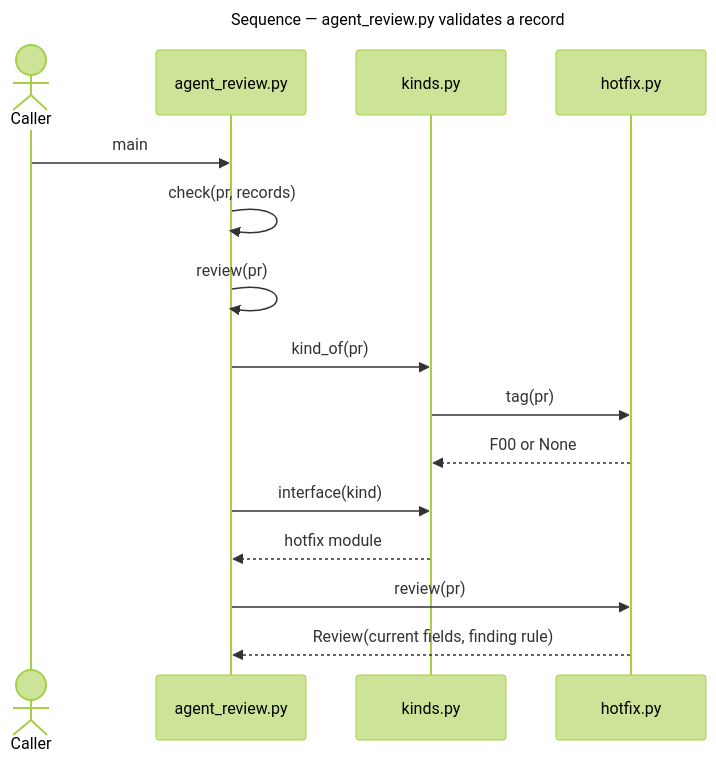
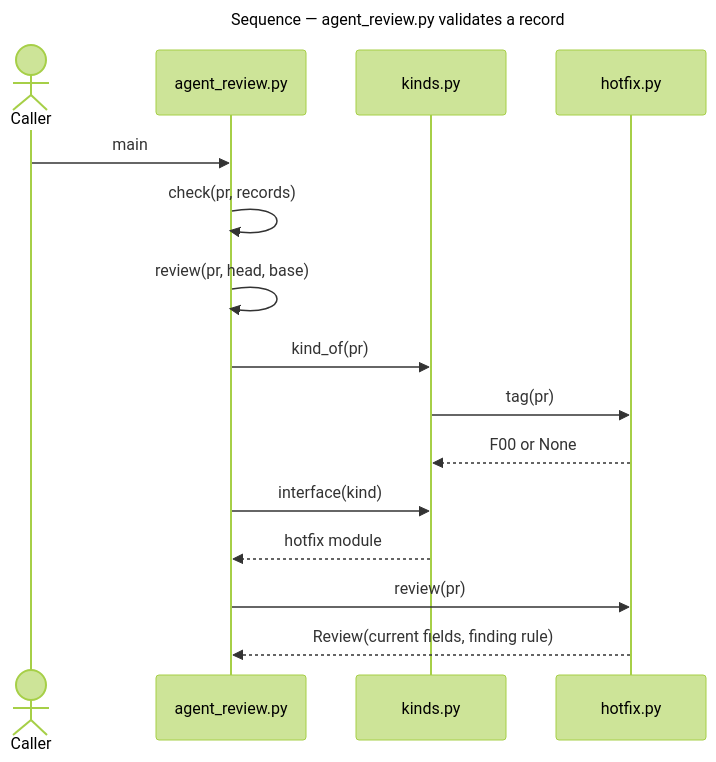
The second of 3 diagrams in artifacts/planning/2026-11-11-1615-i17-e02-integration-review/architecture-overview.md (m2ux/workflow-server), drawn with Mermaid (forest theme) before and after one commit. The commit also changed other lines of this file and 5 other files, not shown here.

````diff
--- a/artifacts/planning/2026-11-11-1615-i17-e02-integration-review/architecture-overview.md
+++ b/artifacts/planning/2026-11-11-1615-i17-e02-integration-review/architecture-overview.md
@@ -86,21 +86,21 @@
 ```mermaid
 ---
 title: Sequence — agent_review.py validates a record
 ---
 sequenceDiagram
     actor Caller
     participant AR as agent_review.py
     participant K as kinds.py
     participant H as hotfix.py
 
     Caller->>AR: main
     AR->>AR: check(pr, records)
-    AR->>AR: review(pr)
+    AR->>AR: review(pr, head, base)
     AR->>K: kind_of(pr)
     K->>H: tag(pr)
     H-->>K: F00 or None
     AR->>K: interface(kind)
     K-->>AR: hotfix module
     AR->>H: review(pr)
     H-->>AR: Review(current fields, finding rule)
 ```
````
